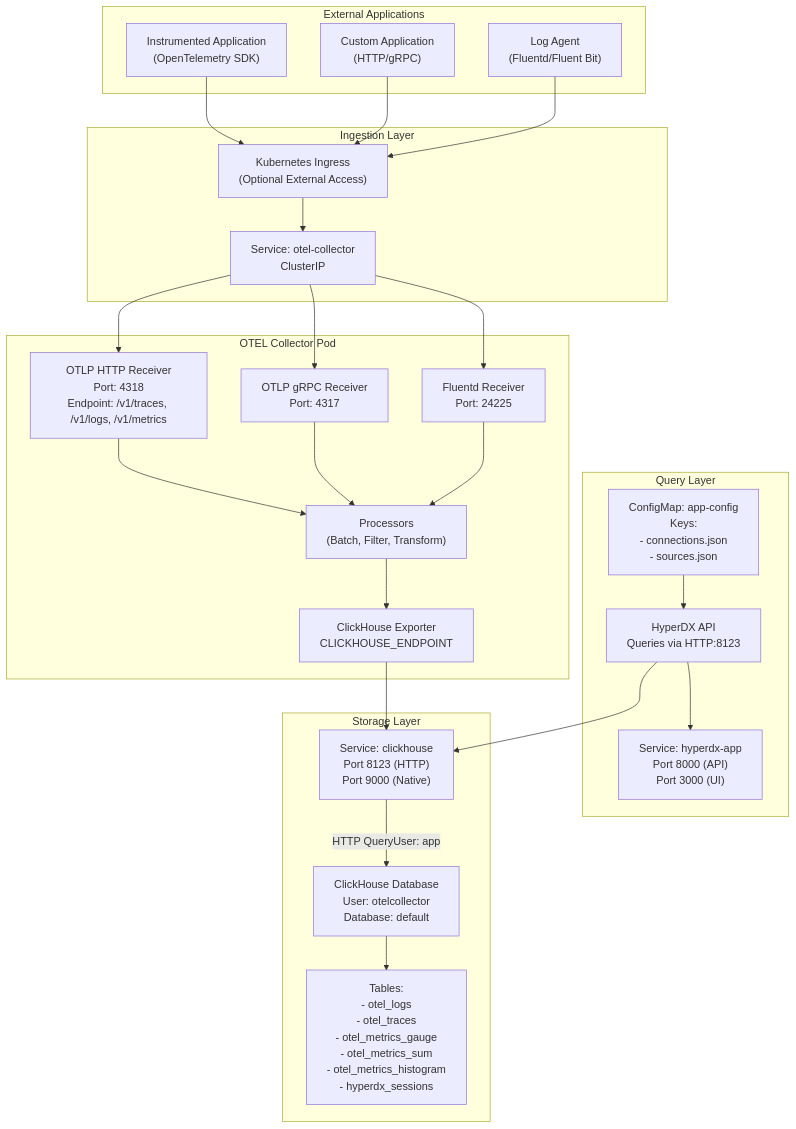
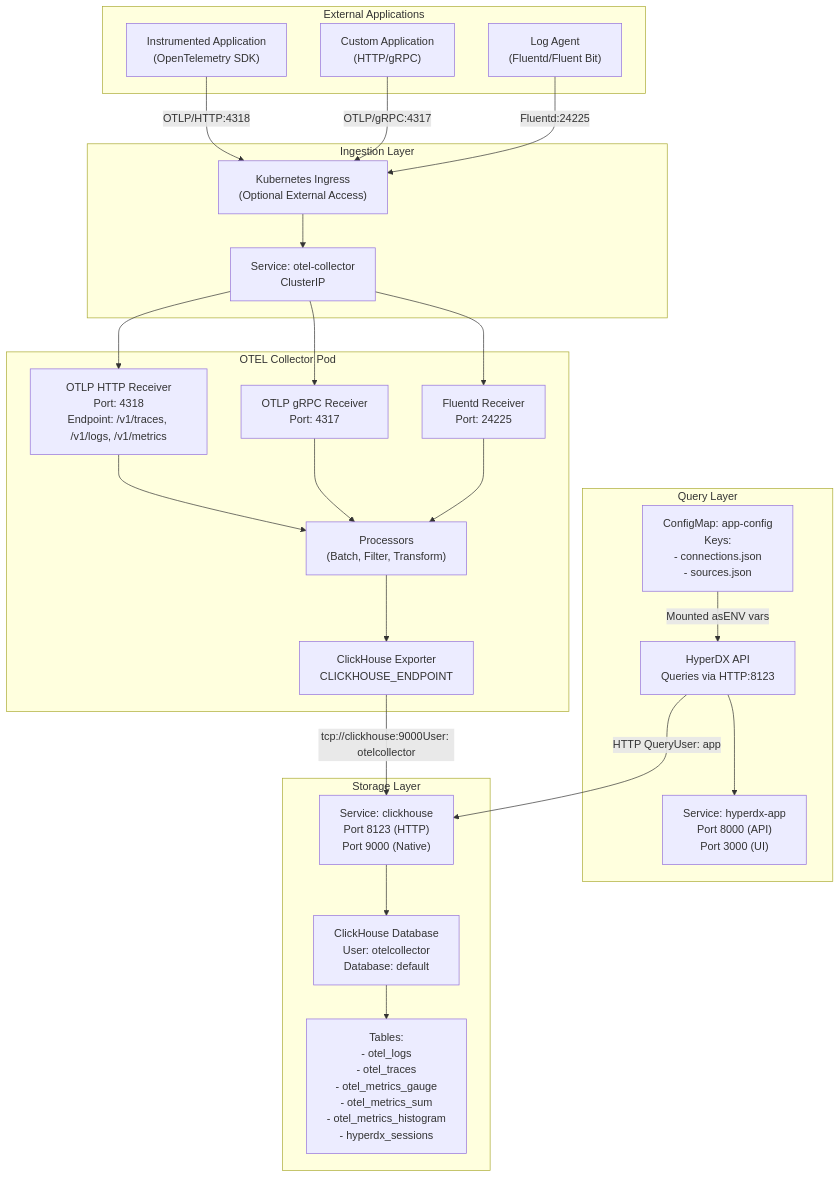
Before and after one commit to openchoreo/openchoreo: the first of 7 diagrams in docs/hyperdxio-helm-charts-docs/Data-Flow-and-Integration.md, drawn with Mermaid. The commit also changed other lines of this file and 85 other files, not shown here.

Commit message:
feat: Add new workflow and specification templates, update Helm chart dependencies, and clarify documentation diagrams.

````diff
--- a/docs/hyperdxio-helm-charts-docs/Data-Flow-and-Integration.md
+++ b/docs/hyperdxio-helm-charts-docs/Data-Flow-and-Integration.md
@@ -22,69 +22,69 @@
 ```mermaid
 flowchart TD
 
 App["Instrumented Application<br>(OpenTelemetry SDK)"]
 LogAgent["Log Agent<br>(Fluentd/Fluent Bit)"]
 CustomApp["Custom Application<br>(HTTP/gRPC)"]
 Ingress["Kubernetes Ingress<br>(Optional External Access)"]
 OTELSvc["Service: otel-collector<br>ClusterIP"]
 OTLPHTTP["OTLP HTTP Receiver<br>Port: 4318<br>Endpoint: /v1/traces, /v1/logs, /v1/metrics"]
 OTLPgRPC["OTLP gRPC Receiver<br>Port: 4317"]
 FluentdRcv["Fluentd Receiver<br>Port: 24225"]
 Processors["Processors<br>(Batch, Filter, Transform)"]
 CHExporter["ClickHouse Exporter<br>CLICKHOUSE_ENDPOINT"]
 CHSvc["Service: clickhouse<br>Port 8123 (HTTP)<br>Port 9000 (Native)"]
 CH["ClickHouse Database<br>User: otelcollector<br>Database: default"]
 Tables["Tables:<br>- otel_logs<br>- otel_traces<br>- otel_metrics_gauge<br>- otel_metrics_sum<br>- otel_metrics_histogram<br>- hyperdx_sessions"]
 APISvc["Service: hyperdx-app<br>Port 8000 (API)<br>Port 3000 (UI)"]
 API["HyperDX API<br>Queries via HTTP:8123"]
 ConfigMap["ConfigMap: app-config<br>Keys:<br>- connections.json<br>- sources.json"]
 
-App --> Ingress
-CustomApp --> Ingress
-LogAgent --> Ingress
+App -->|"OTLP/HTTP:4318"| Ingress
+CustomApp -->|"OTLP/gRPC:4317"| Ingress
+LogAgent -->|"Fluentd:24225"| Ingress
 OTELSvc --> OTLPHTTP
 OTELSvc --> OTLPgRPC
 OTELSvc --> FluentdRcv
-CHExporter --> CHSvc
-API --> CHSvc
+CHExporter -->|"tcp://clickhouse:9000User: otelcollector"| CHSvc
+API -->|"HTTP QueryUser: app"| CHSvc
 
 subgraph subGraph4 ["Query Layer"]
     APISvc
     API
     ConfigMap
-    ConfigMap --> API
+    ConfigMap -->|"Mounted asENV vars"| API
     API --> APISvc
 end
 
 subgraph subGraph3 ["Storage Layer"]
     CHSvc
     CH
     Tables
-    CHSvc -->|"HTTP QueryUser: app"| CH
+    CHSvc --> CH
     CH --> Tables
 end
 
 subgraph subGraph2 ["OTEL Collector Pod"]
     OTLPHTTP
     OTLPgRPC
     FluentdRcv
     Processors
     CHExporter
     OTLPHTTP --> Processors
     OTLPgRPC --> Processors
     FluentdRcv --> Processors
     Processors --> CHExporter
 end
 
 subgraph subGraph1 ["Ingestion Layer"]
     Ingress
     OTELSvc
     Ingress --> OTELSvc
 end
 
 subgraph subGraph0 ["External Applications"]
     App
     LogAgent
     CustomApp
 end
 ```
````
